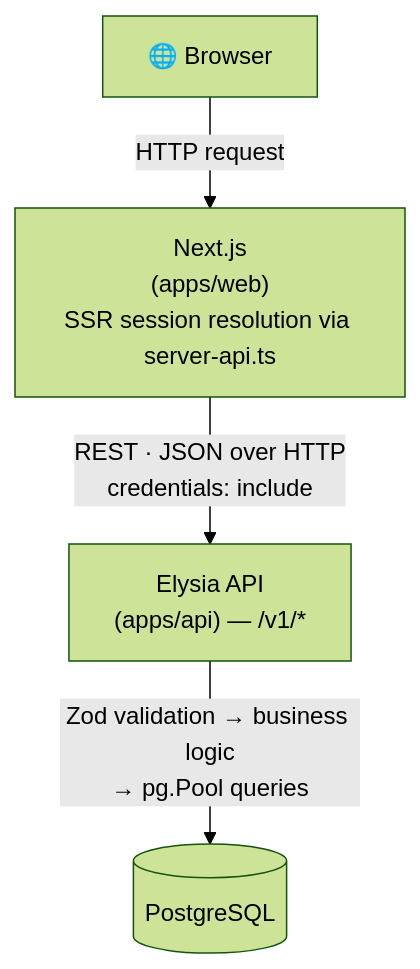
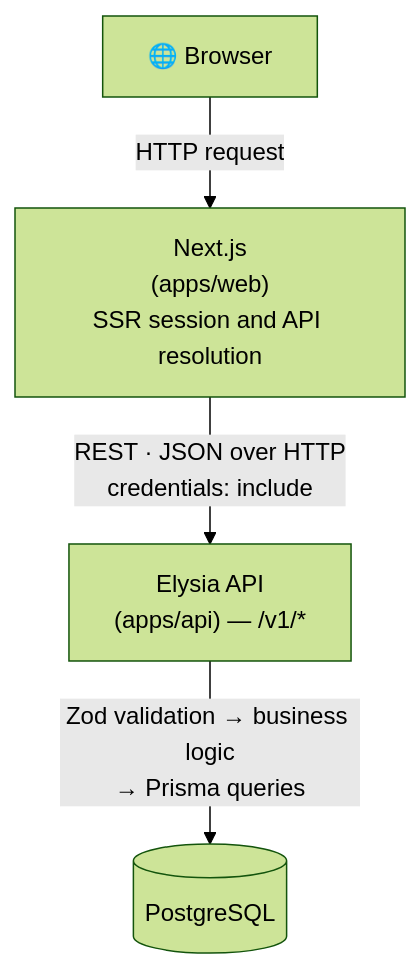
Before and after one commit to TaiChi112/UAPs: the first of 2 diagrams in README.md, drawn with Mermaid (forest theme). The commit also changed other lines of this file, not shown here.

Commit message:
docs: establish project documentation, initialize database schemas, and scaffold core backend and API services.

````diff
--- a/README.md
+++ b/README.md
@@ -124,11 +109,11 @@
 ```mermaid
 flowchart TD
     A["🌐 Browser"]
-    B["Next.js\n(apps/web)\nSSR session resolution via server-api.ts"]
+    B["Next.js\n(apps/web)\nSSR session and API resolution"]
     C["Elysia API\n(apps/api) — /v1/*"]
     D[("PostgreSQL")]
 
     A -->|"HTTP request"| B
     B -->|"REST · JSON over HTTP\ncredentials: include"| C
-    C -->|"Zod validation → business logic\n→ pg.Pool queries"| D
+    C -->|"Zod validation → business logic\n→ Prisma queries"| D
 ```
````
